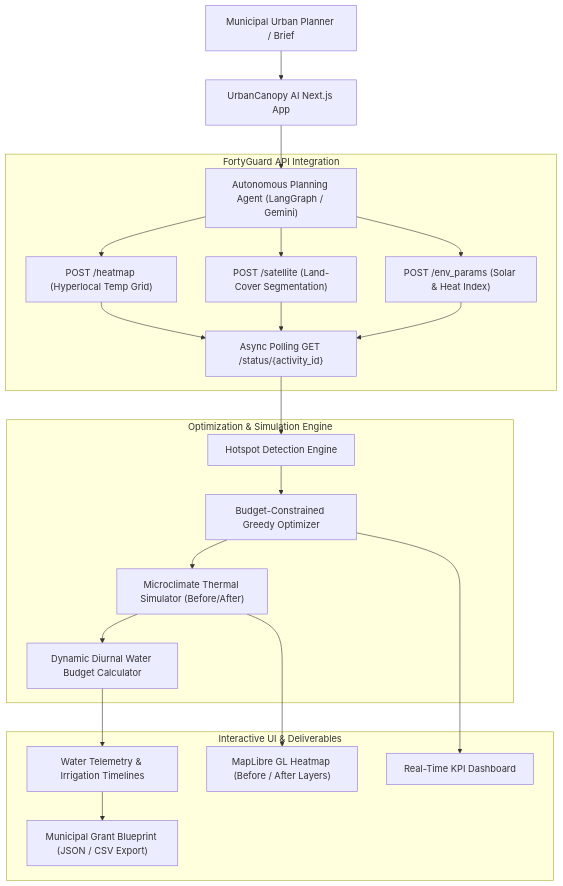
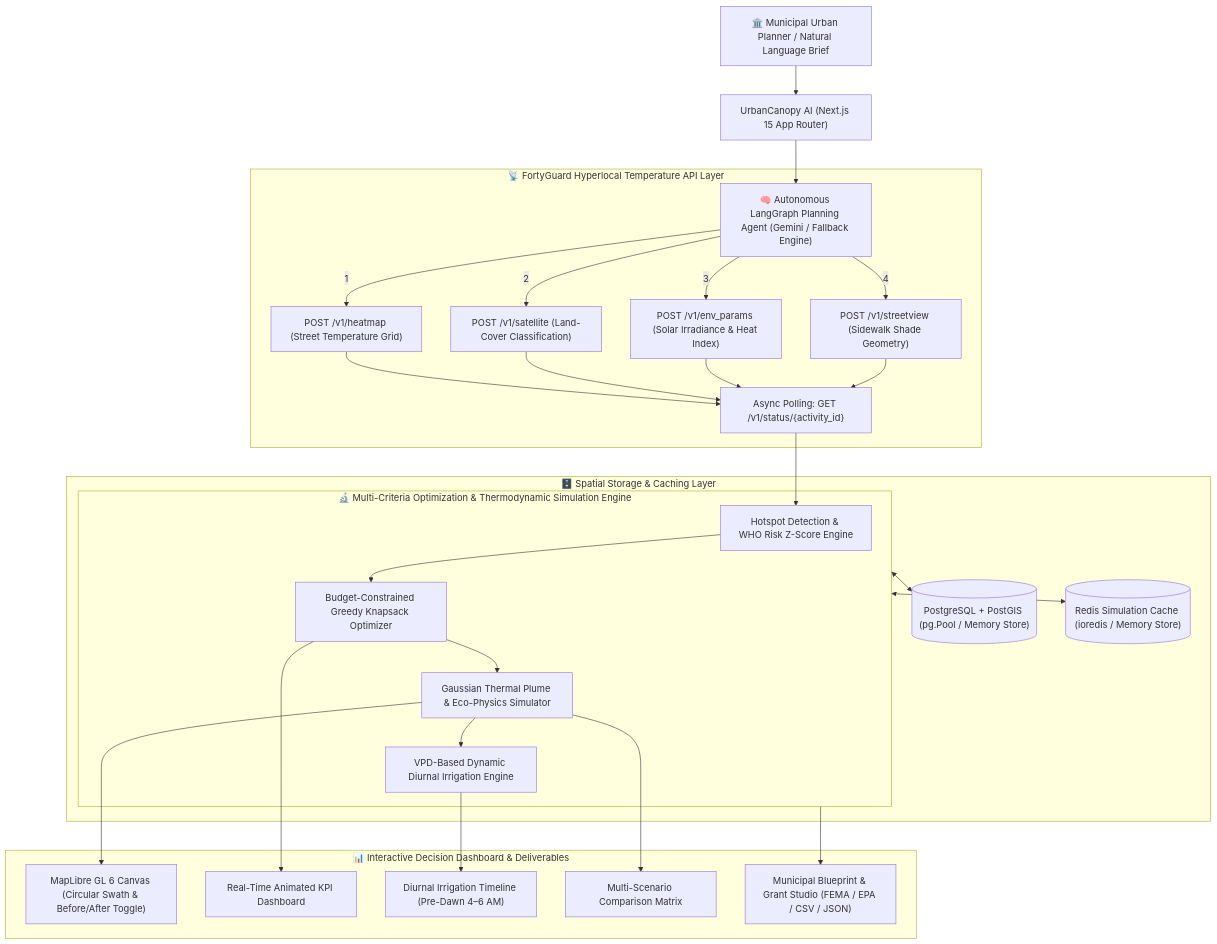
The diagram in README.md (paula785/fortyguard_Hackathon), drawn with Mermaid before and after one commit. The commit also changed other lines of this file, not shown here.

Commit message:
docs: upgrade README with architecture diagram, scientific equations, track alignment, and test guide

````diff
--- a/README.md
+++ b/README.md
@@ -37,26 +38,33 @@
 ```mermaid
 flowchart TD
-    User["Municipal Urban Planner / Brief"] --> App["UrbanCanopy AI Next.js App"]
-    App --> Agent["Autonomous Planning Agent (LangGraph / Gemini)"]
+    User["🏛️ Municipal Urban Planner / Natural Language Brief"] --> NextApp["UrbanCanopy AI (Next.js 15 App Router)"]
+    NextApp --> Agent["🧠 Autonomous LangGraph Planning Agent (Gemini / Fallback Engine)"]
     
-    subgraph FortyGuard["FortyGuard API Integration"]
-        Agent --> FG1["POST /heatmap (Hyperlocal Temp Grid)"]
-        Agent --> FG2["POST /satellite (Land-Cover Segmentation)"]
-        Agent --> FG3["POST /env_params (Solar & Heat Index)"]
-        FG1 & FG2 & FG3 --> Poll["Async Polling GET /status/{activity_id}"]
+    subgraph FortyGuard["📡 FortyGuard Hyperlocal Temperature API Layer"]
+        Agent -->|1| FG_Heat["POST /v1/heatmap (Street Temperature Grid)"]
+        Agent -->|2| FG_Sat["POST /v1/satellite (Land-Cover Classification)"]
+        Agent -->|3| FG_Env["POST /v1/env_params (Solar Irradiance & Heat Index)"]
+        Agent -->|4| FG_Street["POST /v1/streetview (Sidewalk Shade Geometry)"]
+        FG_Heat & FG_Sat & FG_Env & FG_Street --> Poll["Async Polling: GET /v1/status/{activity_id}"]
     end
 
-    subgraph PlanningEngine["Optimization & Simulation Engine"]
-        Poll --> Hotspot["Hotspot Detection Engine"]
-        Hotspot --> Opt["Budget-Constrained Greedy Optimizer"]
-        Opt --> Sim["Microclimate Thermal Simulator (Before/After)"]
-        Sim --> Water["Dynamic Diurnal Water Budget Calculator"]
+    subgraph CoreEngine["🔬 Multi-Criteria Optimization & Thermodynamic Simulation Engine"]
+        Poll --> Hotspot["Hotspot Detection & WHO Risk Z-Score Engine"]
+        Hotspot --> Optimizer["Budget-Constrained Greedy Knapsack Optimizer"]
+        Optimizer --> ThermoSim["Gaussian Thermal Plume & Eco-Physics Simulator"]
+        ThermoSim --> WaterEngine["VPD-Based Dynamic Diurnal Irrigation Engine"]
     end
 
-    subgraph Presentation["Interactive UI & Deliverables"]
-        Sim --> Map["MapLibre GL Heatmap (Before / After Layers)"]
-        Opt --> KPI["Real-Time KPI Dashboard"]
-        Water --> WaterDash["Water Telemetry & Irrigation Timelines"]
-        WaterDash --> Blueprint["Municipal Grant Blueprint (JSON / CSV Export)"]
+    subgraph DataLayer["🗄️ Spatial Storage & Caching Layer"]
+        CoreEngine <--> PostGIS[("PostgreSQL + PostGIS (pg.Pool / Memory Store)")]
+        CoreEngine <--> RedisQueue[("Redis Simulation Cache (ioredis / Memory Store)")]
+    end
+
+    subgraph UIOutputs["📊 Interactive Decision Dashboard & Deliverables"]
+        ThermoSim --> MapCanvas["MapLibre GL 6 Canvas (Circular Swath & Before/After Toggle)"]
+        Optimizer --> KPIDash["Real-Time Animated KPI Dashboard"]
+        WaterEngine --> IrrigationTimeline["Diurnal Irrigation Timeline (Pre-Dawn 4–6 AM)"]
+        ThermoSim --> ScenarioMatrix["Multi-Scenario Comparison Matrix"]
+        CoreEngine --> GrantStudio["Municipal Blueprint & Grant Studio (FEMA / EPA / CSV / JSON)"]
     end
 ```
````
